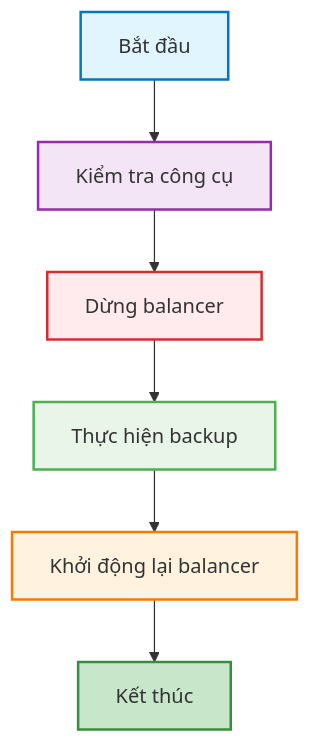
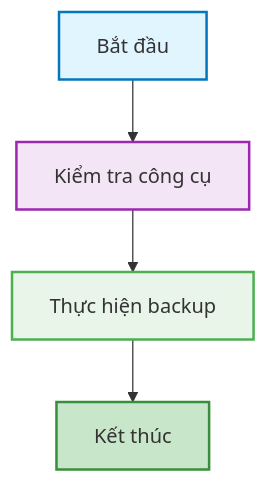
One commit to ngockhanhvd2812/DBA changed the first of 3 diagrams in DB/Mongo-Sharding/backup.md. Above: the diagram before and after it, drawn with Mermaid. The commit also changed other lines of this file, not shown here.

````diff
--- a/DB/Mongo-Sharding/backup.md
+++ b/DB/Mongo-Sharding/backup.md
@@ -7,15 +41,11 @@
 ```mermaid
 flowchart TD
     A[Bắt đầu] --> B[Kiểm tra công cụ]
-    B --> C[Dừng balancer]
-    C --> D[Thực hiện backup]
-    D --> E[Khởi động lại balancer]
-    E --> F[Kết thúc]
+    B --> C[Thực hiện backup]
+    C --> D[Kết thúc]
     
     style A fill:#e1f5fe,stroke:#0277bd,stroke-width:2px
     style B fill:#f3e5f5,stroke:#9c27b0,stroke-width:2px
-    style C fill:#ffebee,stroke:#d32f2f,stroke-width:2px
-    style D fill:#e8f5e8,stroke:#4caf50,stroke-width:2px
-    style E fill:#fff3e0,stroke:#f57c00,stroke-width:2px
-    style F fill:#c8e6c9,stroke:#388e3c,stroke-width:2px
+    style C fill:#e8f5e8,stroke:#4caf50,stroke-width:2px
+    style D fill:#c8e6c9,stroke:#388e3c,stroke-width:2px
 ```
````
